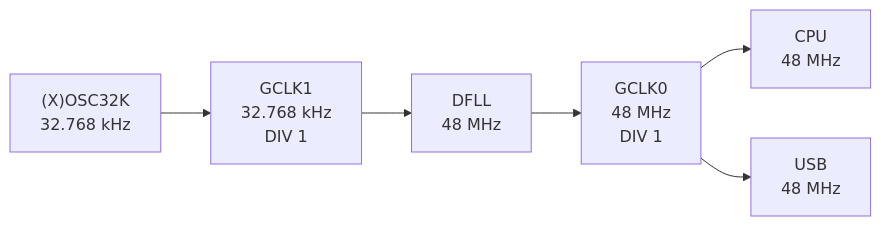
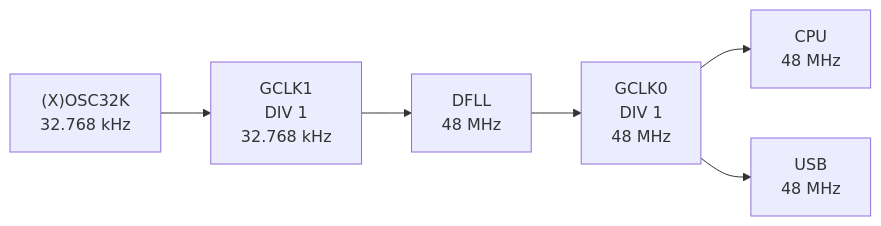
The second of 4 diagrams in README.md (dojyorin/arduino_m0_tweak), drawn with Mermaid before and after one commit. The commit also changed other lines of this file, not shown here.

````diff
--- a/README.md
+++ b/README.md
@@ -113,5 +113,5 @@
 ```mermaid
 flowchart LR
 
-OSC32K["(X)OSC32K\n32.768 kHz"] --> GCLK1["GCLK1\n32.768 kHz\nDIV 1"] --> DFLL["DFLL\n48 MHz"] --> GCLK0["GCLK0\n48 MHz\nDIV 1"] --> CPU["CPU\n48 MHz"] & USB["USB\n48 MHz"]
+OSC32K["(X)OSC32K\n32.768 kHz"] --> GCLK1["GCLK1\nDIV 1\n32.768 kHz"] --> DFLL["DFLL\n48 MHz"] --> GCLK0["GCLK0\nDIV 1\n48 MHz"] --> CPU["CPU\n48 MHz"] & USB["USB\n48 MHz"]
 ```
````
